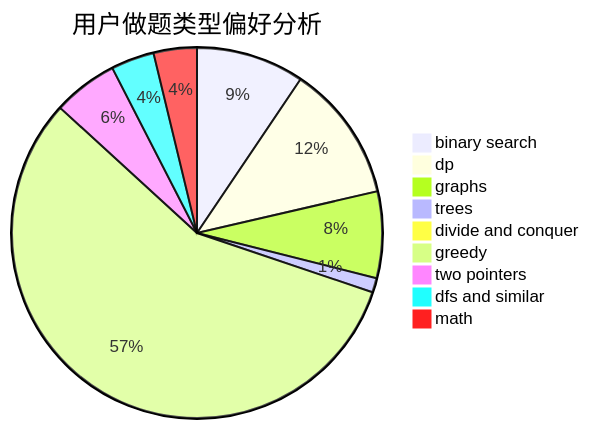
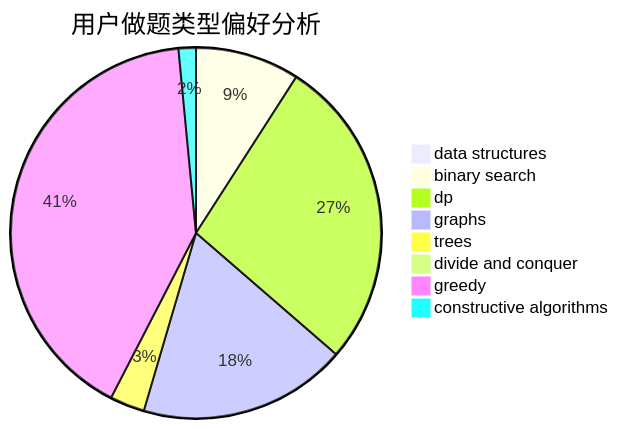
Before and after one commit to sherpahu/cfrs.github.io: the second of 3 diagrams in docs/user/u2649.md, drawn with Mermaid. The commit also changed other lines of this file and 2775 other files, not shown here.

````diff
--- a/docs/user/u2649.md
+++ b/docs/user/u2649.md
@@ -23,12 +23,11 @@
 ```mermaid
 pie title 用户做题类型偏好分析
-    "binary search" :  15
-    "dp" :  19
+    "data structures" :  0
+    "binary search" :  6
+    "dp" :  18
     "graphs" :  12
     "trees" :  2
     "divide and conquer" :  0
-    "greedy" :  90
-    "two pointers" :  9
-    "dfs and similar" :  6
-    "math" :  6
+    "greedy" :  27
+    "constructive algorithms" :  1
 ```
````
